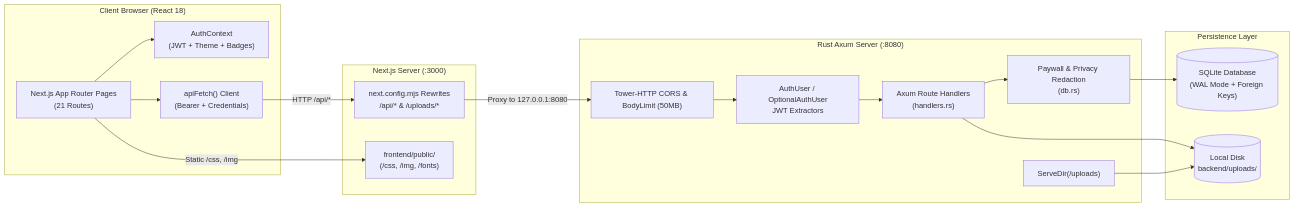
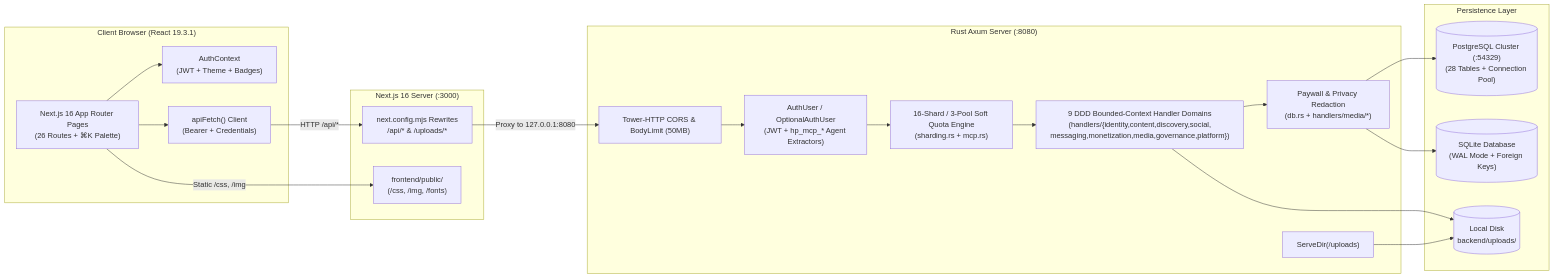
Before and after one commit to CardSorting/HEAV3NS-PUBLISHING: the first of 3 diagrams in docs/architecture/system-architecture.md, drawn with Mermaid. The commit also changed other lines of this file and 76 other files, not shown here.

Commit message:
refactor(backend,docs): modularize handlers into 9 DDD bounded contexts, add 16-shard Postgres/quota studio, and update v2.5.0 docs

````diff
--- a/docs/architecture/system-architecture.md
+++ b/docs/architecture/system-architecture.md
@@ -5,38 +5,42 @@
 ```mermaid
 flowchart LR
-    subgraph Browser["Client Browser (React 18)"]
-        UI["Next.js App Router Pages\n(21 Routes)"]
+    subgraph Browser["Client Browser (React 19.3.1)"]
+        UI["Next.js 16 App Router Pages\n(26 Routes + ⌘K Palette)"]
         AuthCtx["AuthContext\n(JWT + Theme + Badges)"]
         ApiLib["apiFetch() Client\n(Bearer + Credentials)"]
     end
 
-    subgraph NextServer["Next.js Server (:3000)"]
+    subgraph NextServer["Next.js 16 Server (:3000)"]
         Rewrites["next.config.mjs Rewrites\n/api/* & /uploads/*"]
         StaticAssets["frontend/public/\n(/css, /img, /fonts)"]
     end
 
     subgraph RustBackend["Rust Axum Server (:8080)"]
         Cors["Tower-HTTP CORS & BodyLimit (50MB)"]
-        Extractors["AuthUser / OptionalAuthUser\nJWT Extractors"]
-        Handlers["Axum Route Handlers\n(handlers.rs)"]
-        Paywall["Paywall & Privacy Redaction\n(db.rs)"]
+        Extractors["AuthUser / OptionalAuthUser\n(JWT + hp_mcp_* Agent Extractors)"]
+        Sharding["16-Shard / 3-Pool Soft Quota Engine\n(sharding.rs + mcp.rs)"]
+        Handlers["9 DDD Bounded-Context Handler Domains\n(handlers/{identity,content,discovery,social,\nmessaging,monetization,media,governance,platform})"]
+        Paywall["Paywall & Privacy Redaction\n(db.rs + handlers/media/*)"]
         UploadsDir["ServeDir(/uploads)"]
     end
 
     subgraph Storage["Persistence Layer"]
+        PG[("PostgreSQL Cluster (:54329)\n(28 Tables + Connection Pool)")]
         SQLite[("SQLite Database\n(WAL Mode + Foreign Keys)")]
         Disk[("Local Disk\nbackend/uploads/")]
     end
 
     UI --> AuthCtx
     UI --> ApiLib
     ApiLib -->|HTTP /api/*| Rewrites
     UI -->|Static /css, /img| StaticAssets
     Rewrites -->|Proxy to 127.0.0.1:8080| Cors
     Cors --> Extractors
-    Extractors --> Handlers
+    Extractors --> Sharding
+    Sharding --> Handlers
     Handlers --> Paywall
+    Paywall --> PG
     Paywall --> SQLite
     Handlers --> Disk
     UploadsDir --> Disk
 ```
````
